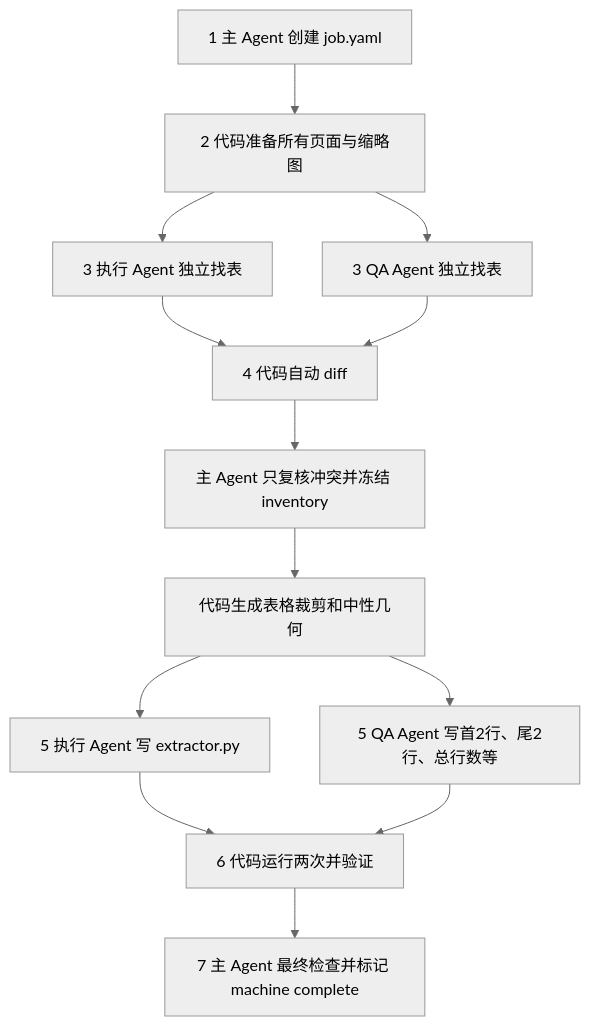
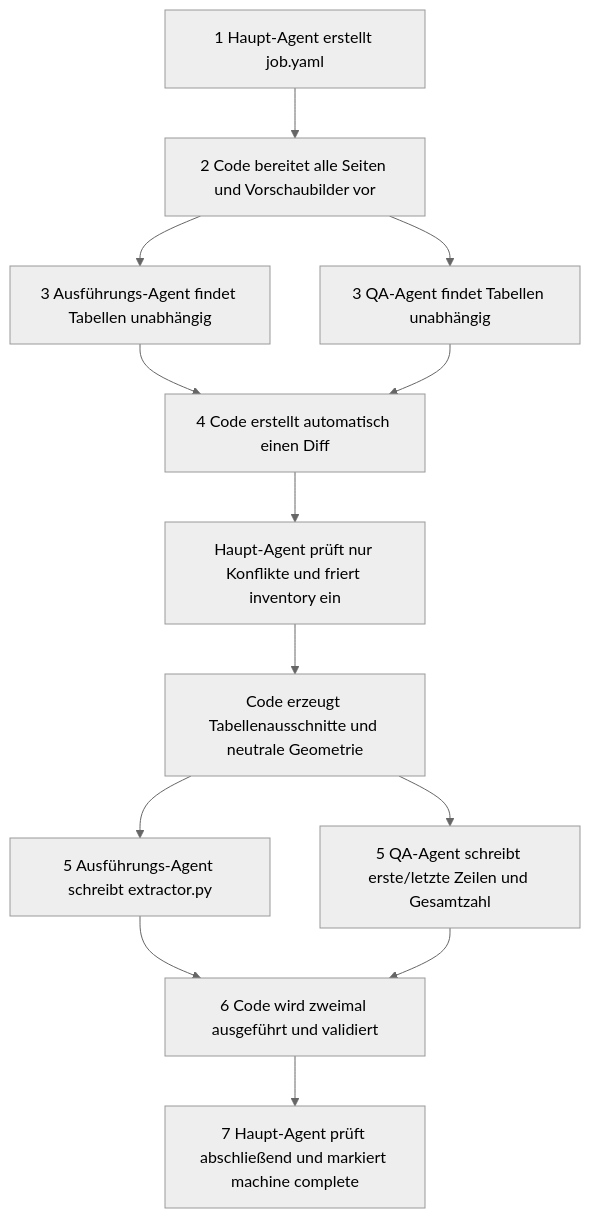
One commit to yechenyan/reIndex changed the diagram in wiki/user/pdf-table-codegen.md. Above: the diagram before and after it, drawn with Mermaid (neutral theme). The commit also changed 178 other files, not shown here.

````diff
--- a/wiki/user/pdf-table-codegen.md
+++ b/wiki/user/pdf-table-codegen.md
@@ -17,15 +17,15 @@
 ```mermaid
 flowchart TD
-  A["1 主 Agent 创建 job.yaml"] --> B["2 代码准备所有页面与缩略图"]
-  B --> C1["3 执行 Agent 独立找表"]
-  B --> C2["3 QA Agent 独立找表"]
-  C1 --> D["4 代码自动 diff"]
+  A["1 Haupt-Agent erstellt job.yaml"] --> B["2 Code bereitet alle Seiten und Vorschaubilder vor"]
+  B --> C1["3 Ausführungs-Agent findet Tabellen unabhängig"]
+  B --> C2["3 QA-Agent findet Tabellen unabhängig"]
+  C1 --> D["4 Code erstellt automatisch einen Diff"]
   C2 --> D
-  D --> E["主 Agent 只复核冲突并冻结 inventory"]
-  E --> F["代码生成表格裁剪和中性几何"]
-  F --> G1["5 执行 Agent 写 extractor.py"]
-  F --> G2["5 QA Agent 写首2行、尾2行、总行数等"]
-  G1 --> H["6 代码运行两次并验证"]
+  D --> E["Haupt-Agent prüft nur Konflikte und friert inventory ein"]
+  E --> F["Code erzeugt Tabellenausschnitte und neutrale Geometrie"]
+  F --> G1["5 Ausführungs-Agent schreibt extractor.py"]
+  F --> G2["5 QA-Agent schreibt erste/letzte Zeilen und Gesamtzahl"]
+  G1 --> H["6 Code wird zweimal ausgeführt und validiert"]
   G2 --> H
-  H --> I["7 主 Agent 最终检查并标记 machine complete"]
+  H --> I["7 Haupt-Agent prüft abschließend und markiert machine complete"]
 ```
````
